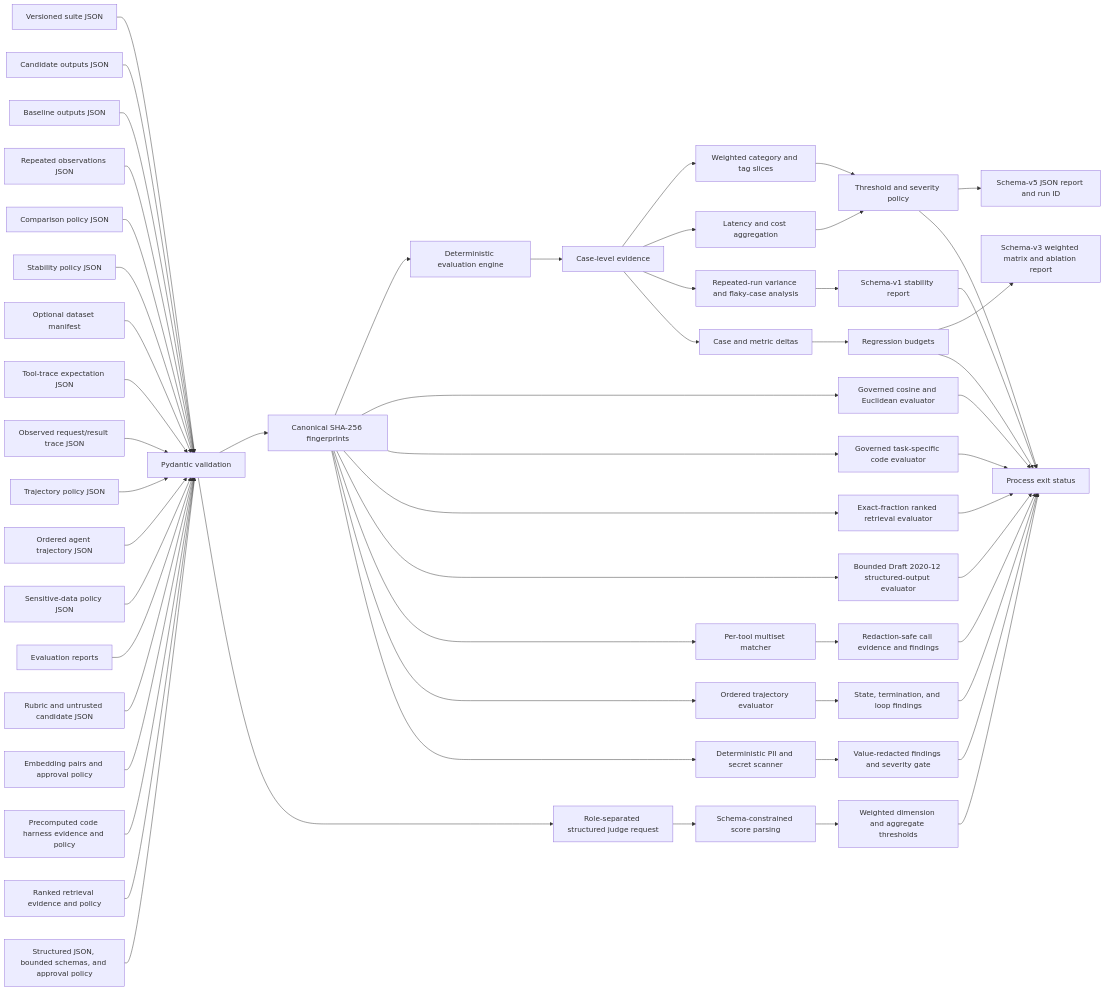
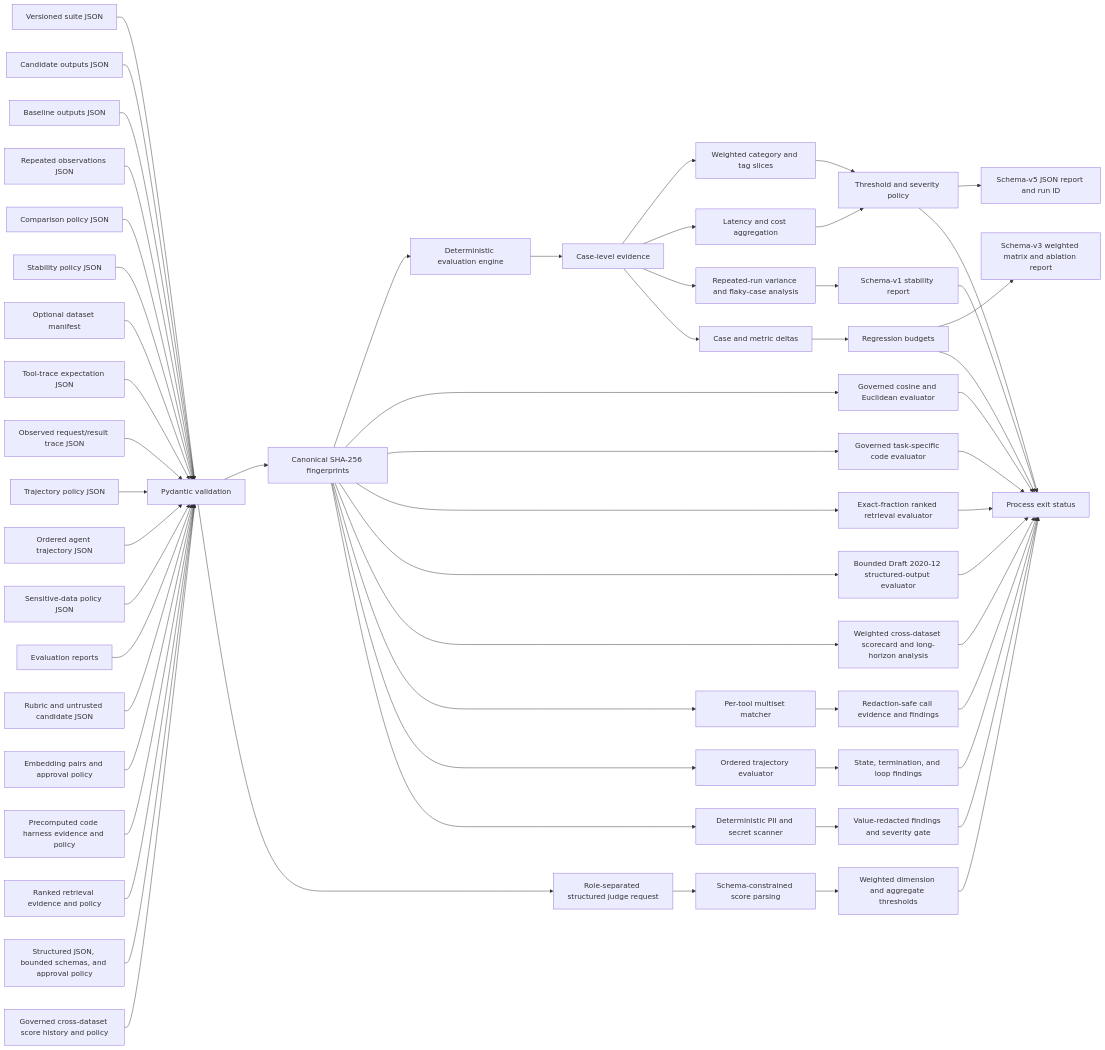
Before and after one commit to navaneeth9908/evalforge: the first of 2 diagrams in docs/architecture.md, drawn with Mermaid. The commit also changed other lines of this file and 13 other files, not shown here.

Commit message:
add cross-dataset trend scorecards

````diff
--- a/docs/architecture.md
+++ b/docs/architecture.md
@@ -7,58 +7,61 @@
 ```mermaid
 flowchart LR
     S[Versioned suite JSON] --> V[Pydantic validation]
     O[Candidate outputs JSON] --> V
     B[Baseline outputs JSON] --> V
     N[Repeated observations JSON] --> V
     C[Comparison policy JSON] --> V
     Y[Stability policy JSON] --> V
     M[Optional dataset manifest] --> V
     U[Tool-trace expectation JSON] --> V
     K[Observed request/result trace JSON] --> V
     TP[Trajectory policy JSON] --> V
     AT[Ordered agent trajectory JSON] --> V
     SD[Sensitive-data policy JSON] --> V
     ER[Evaluation reports] --> V
     RB[Rubric and untrusted candidate JSON] --> V
     EM[Embedding pairs and approval policy] --> V
     CH[Precomputed code harness evidence and policy] --> V
     RE[Ranked retrieval evidence and policy] --> V
     SO[Structured JSON, bounded schemas, and approval policy] --> V
+    CD[Governed cross-dataset score history and policy] --> V
     V --> H[Canonical SHA-256 fingerprints]
     V --> SJ[Role-separated structured judge request]
     SJ --> JS[Schema-constrained score parsing]
     JS --> JW[Weighted dimension and aggregate thresholds]
     JW --> X
     H --> E[Deterministic evaluation engine]
     H --> ES[Governed cosine and Euclidean evaluator]
     ES --> X
     H --> CE[Governed task-specific code evaluator]
     CE --> X
     H --> REE[Exact-fraction ranked retrieval evaluator]
     REE --> X
     H --> SOE[Bounded Draft 2020-12 structured-output evaluator]
     SOE --> X
+    H --> CDE[Weighted cross-dataset scorecard and long-horizon analysis]
+    CDE --> X
     H --> L[Per-tool multiset matcher]
     H --> TE[Ordered trajectory evaluator]
     TE --> TF[State, termination, and loop findings]
     TF --> X[Process exit status]
     H --> LS[Deterministic PII and secret scanner]
     LS --> LF[Value-redacted findings and severity gate]
     LF --> X
     L --> F[Redaction-safe call evidence and findings]
     F --> X[Process exit status]
     E --> R[Case-level evidence]
     R --> W[Weighted category and tag slices]
     R --> P[Latency and cost aggregation]
     R --> T[Repeated-run variance and flaky-case analysis]
     W --> G[Threshold and severity policy]
     P --> G
     G --> J[Schema-v5 JSON report and run ID]
     G --> X[Process exit status]
     R --> D[Case and metric deltas]
     D --> Q[Regression budgets]
     Q --> A[Schema-v3 weighted matrix and ablation report]
     T --> Z[Schema-v1 stability report]
     Z --> X
     Q --> X
 ```
````
